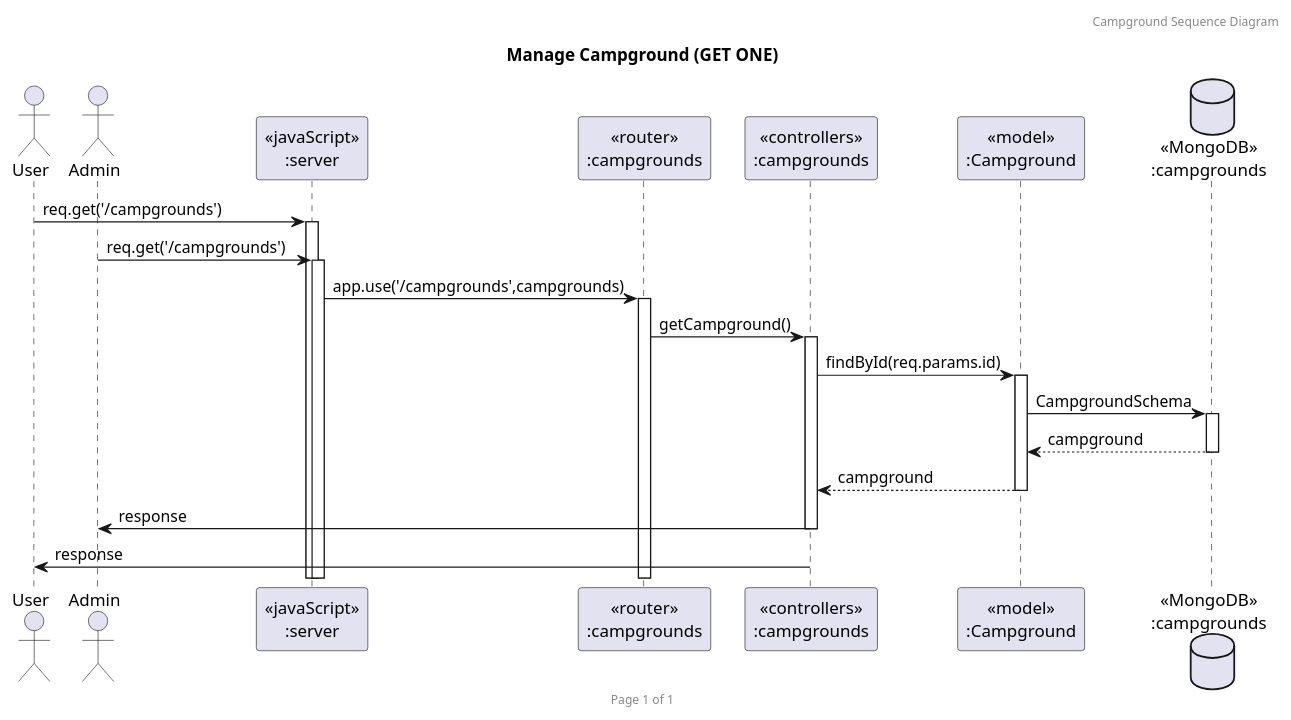
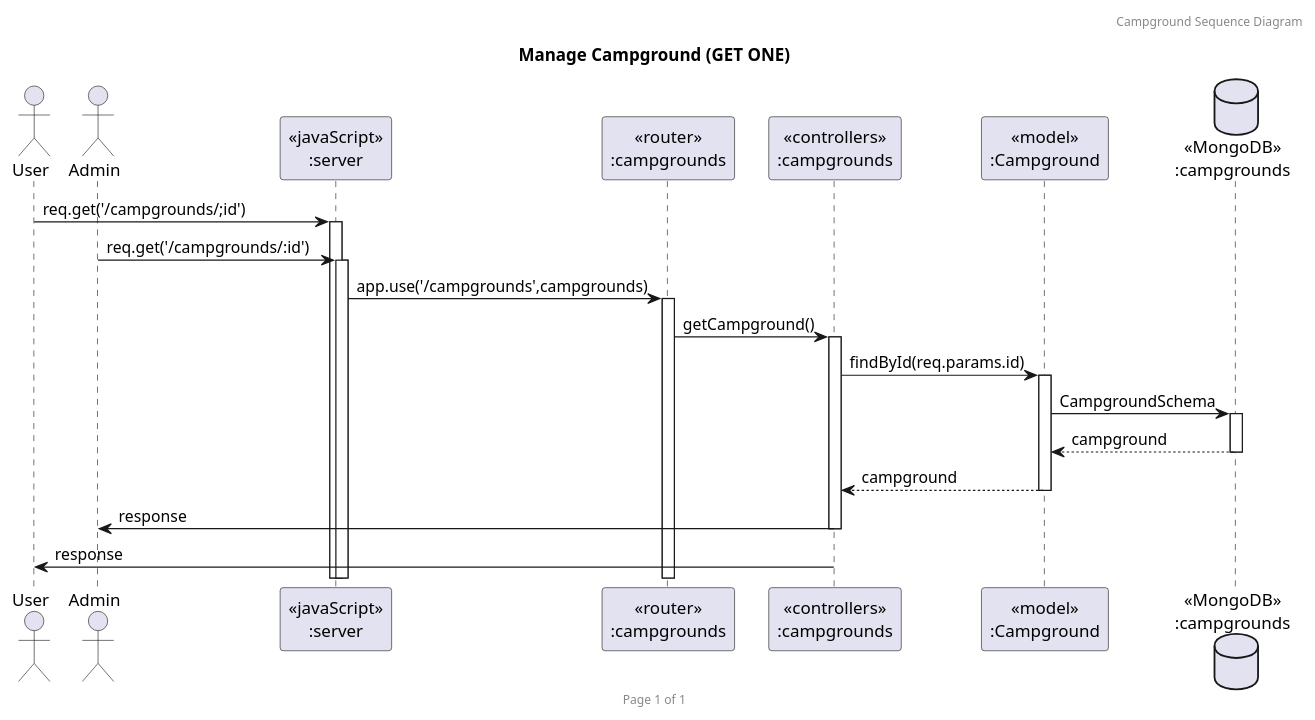
One commit to FaiiFaiipuipui/CEDT_Y1T2_backend-campgroundbooking changed the diagram in diagram/Sequence diagram/Campground/Campground_GETONE.puml. Above: the diagram before and after it, drawn with PlantUML. The commit also changed 6 other files, not shown here.

```diff
--- a/diagram/Sequence diagram/Campground/Campground_GETONE.puml
+++ b/diagram/Sequence diagram/Campground/Campground_GETONE.puml
@@ -1,26 +1,26 @@
 @startuml Manage Campground (GET ONE)
 
 header Campground Sequence Diagram
 footer Page %page% of %lastpage%
 title "Manage Campground (GET ONE)"
 
 actor "User" as user
 actor "Admin" as admin
 participant "<<javaScript>>\n:server" as server
 participant "<<router>>\n:campgrounds" as routerCampgrounds
 participant "<<controllers>>\n:campgrounds" as controllersCampgrounds
 participant "<<model>>\n:Campground" as modelCampground
 database "<<MongoDB>>\n:campgrounds" as CampgroundsDatabase
 
-user->server ++:req.get('/campgrounds')
-admin->server ++:req.get('/campgrounds')
+user->server ++:req.get('/campgrounds/;id')
+admin->server ++:req.get('/campgrounds/:id')
 server->routerCampgrounds ++:app.use('/campgrounds',campgrounds)
 routerCampgrounds -> controllersCampgrounds ++:getCampground()
 controllersCampgrounds->modelCampground ++:findById(req.params.id)
 modelCampground ->CampgroundsDatabase ++:CampgroundSchema
 CampgroundsDatabase --> modelCampground --:campground
 controllersCampgrounds <-- modelCampground --:campground
 controllersCampgrounds->admin --:response
 controllersCampgrounds->user --:response
 
 @enduml
```
